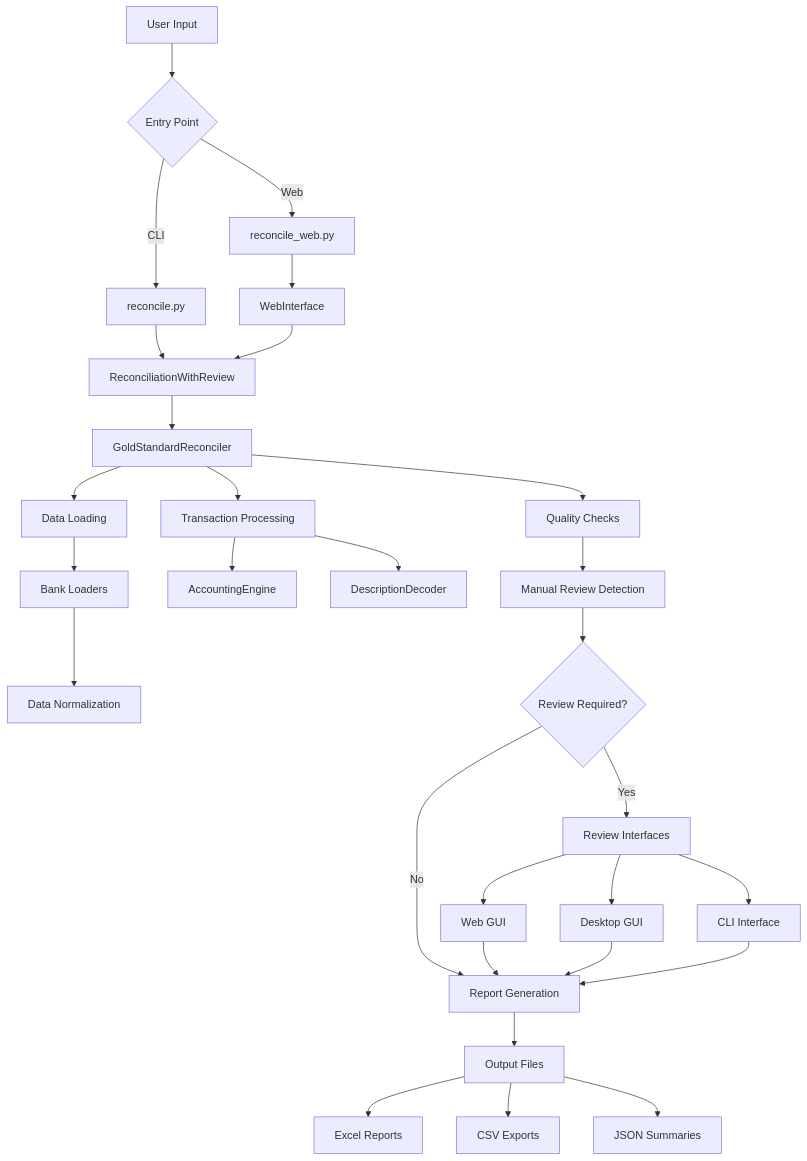
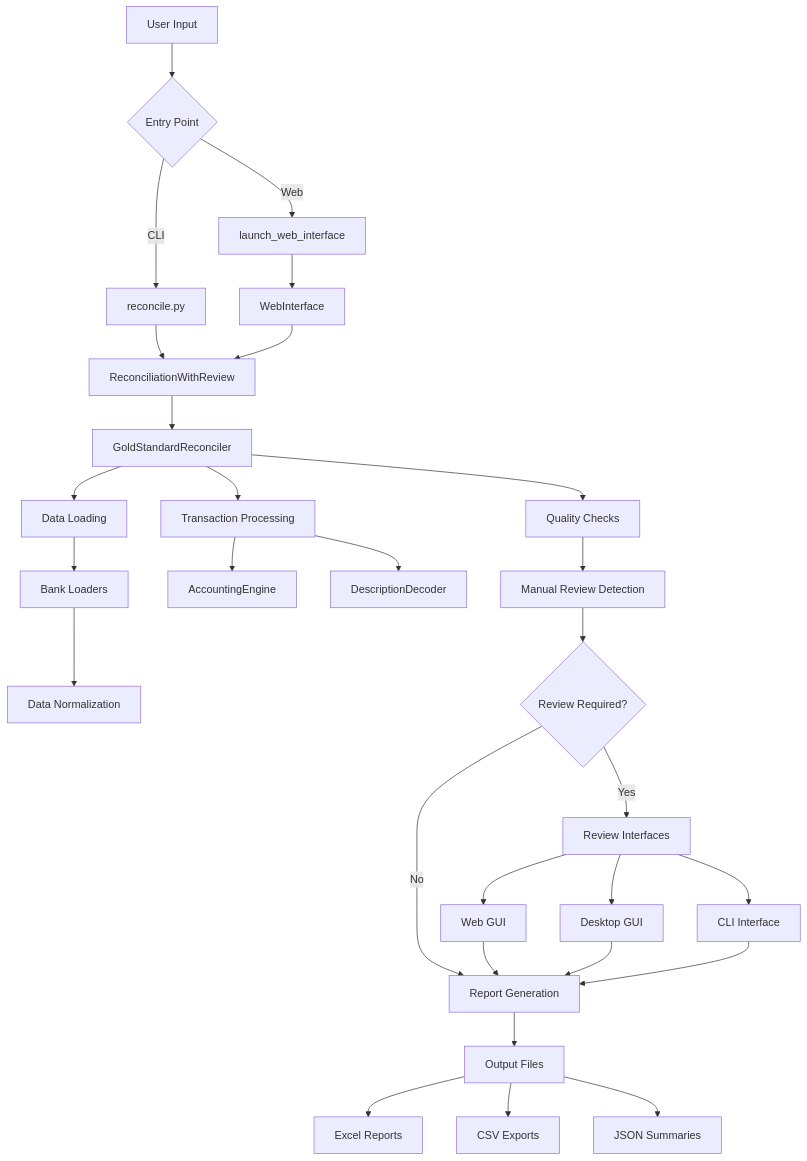
Before and after one commit to rzimmerman2022/financial-reconciliation-system: the diagram in README.md, drawn with Mermaid. The commit also changed other lines of this file and 10 other files, not shown here.

````diff
--- a/README.md
+++ b/README.md
@@ -574,39 +577,39 @@
 ```mermaid
 graph TD
     A[User Input] --> B{Entry Point}
     B -->|CLI| C[reconcile.py]
-    B -->|Web| D[reconcile_web.py]
+  B -->|Web| D[launch_web_interface]
     
     C --> E[ReconciliationWithReview]
     D --> F[WebInterface]
     F --> E
     
     E --> G[GoldStandardReconciler]
     G --> H[Data Loading]
     G --> I[Transaction Processing]
     G --> J[Quality Checks]
     
     H --> K[Bank Loaders]
     K --> L[Data Normalization]
     
     I --> M[AccountingEngine]
     I --> N[DescriptionDecoder]
     
     J --> O[Manual Review Detection]
     O --> P{Review Required?}
     
     P -->|Yes| Q[Review Interfaces]
     Q --> R[Web GUI]
     Q --> S[Desktop GUI]
     Q --> T[CLI Interface]
     
     P -->|No| U[Report Generation]
     R --> U
     S --> U
     T --> U
     
     U --> V[Output Files]
     V --> W[Excel Reports]
     V --> X[CSV Exports]
     V --> Y[JSON Summaries]
 ```
````
